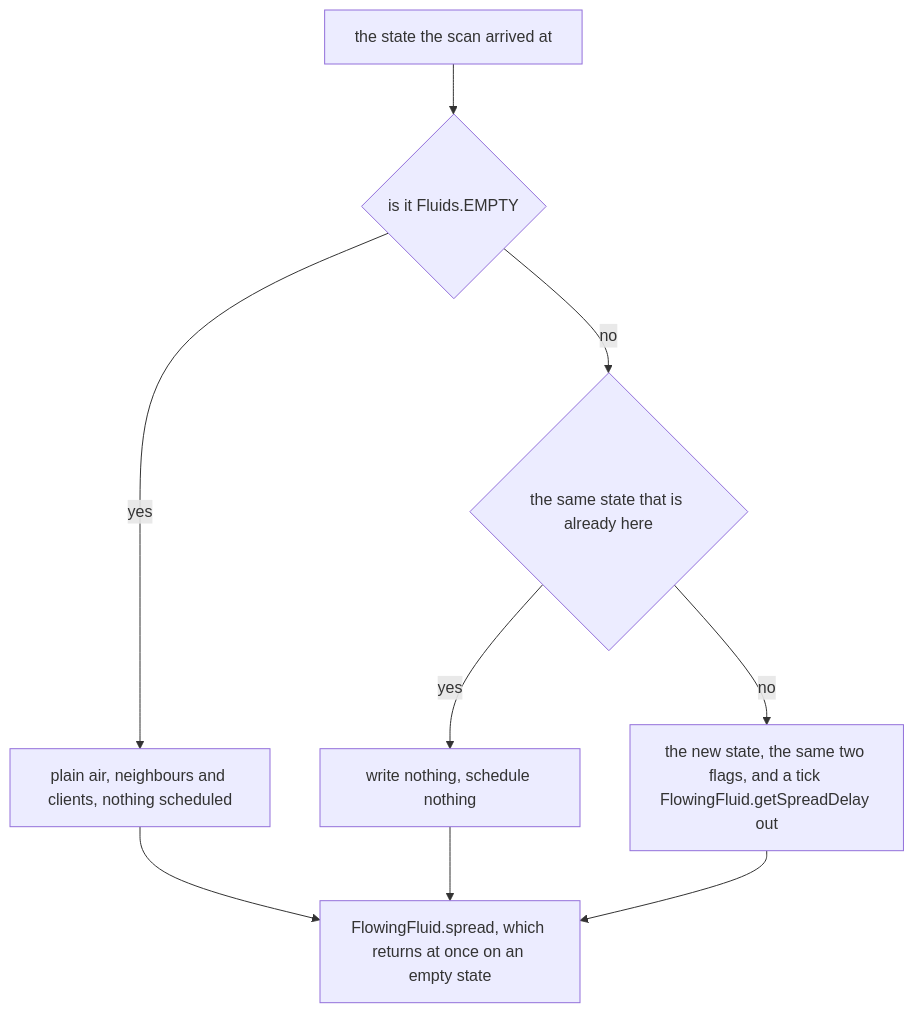
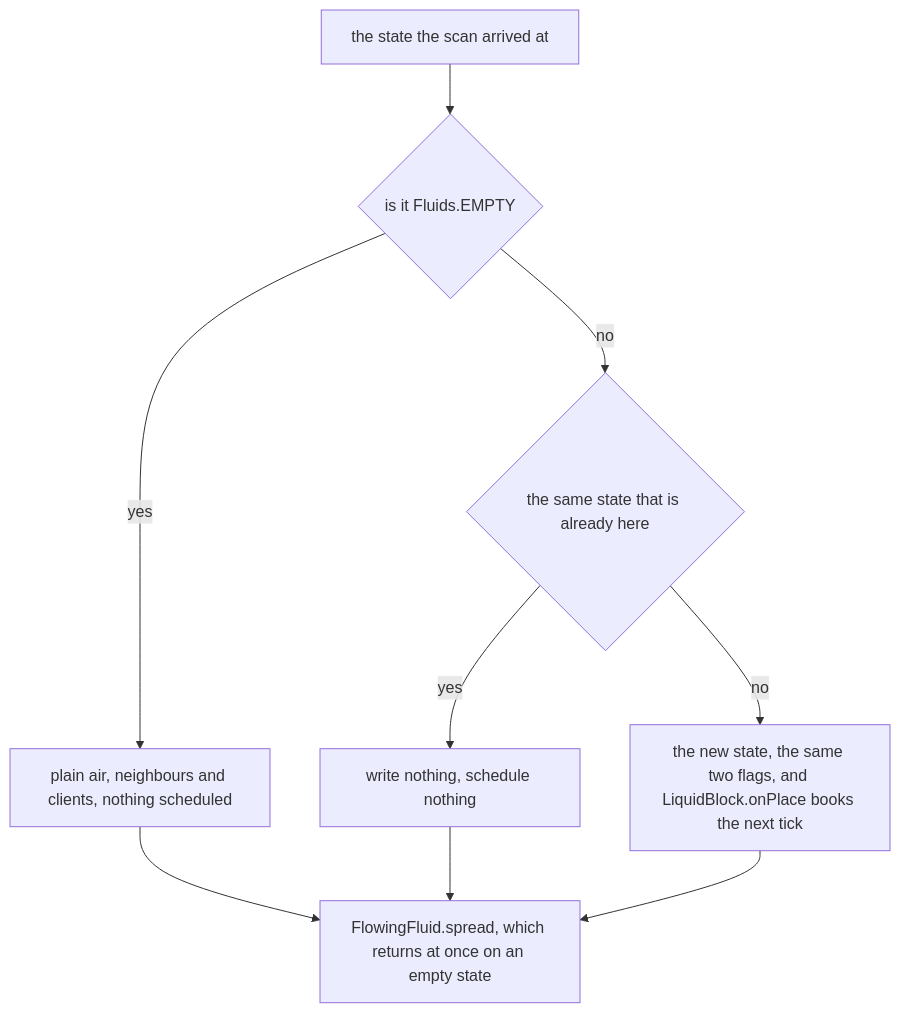
Before and after one commit to AlexanderjFraser/MinecraftDocs: the third of 3 diagrams in src/systems/world/fluids.md, drawn with Mermaid. The commit also changed other lines of this file and 20 other files, not shown here.

````diff
--- a/src/systems/world/fluids.md
+++ b/src/systems/world/fluids.md
@@ -239,12 +243,12 @@
 ```mermaid
 flowchart TD
     NEW["the state the scan arrived at"]
     NEW --> E{"is it Fluids.EMPTY"}
     E -- yes --> AIR["plain air, neighbours and clients, nothing scheduled"]
     E -- no --> CMP{"the same state that is already here"}
     CMP -- yes --> KEEP["write nothing, schedule nothing"]
-    CMP -- no --> SET["the new state, the same two flags, and a tick FlowingFluid.getSpreadDelay out"]
+    CMP -- no --> SET["the new state, the same two flags, and LiquidBlock.onPlace books the next tick"]
     AIR --> SPREAD["FlowingFluid.spread, which returns at once on an empty state"]
     KEEP --> SPREAD
     SET --> SPREAD
 ```
````
